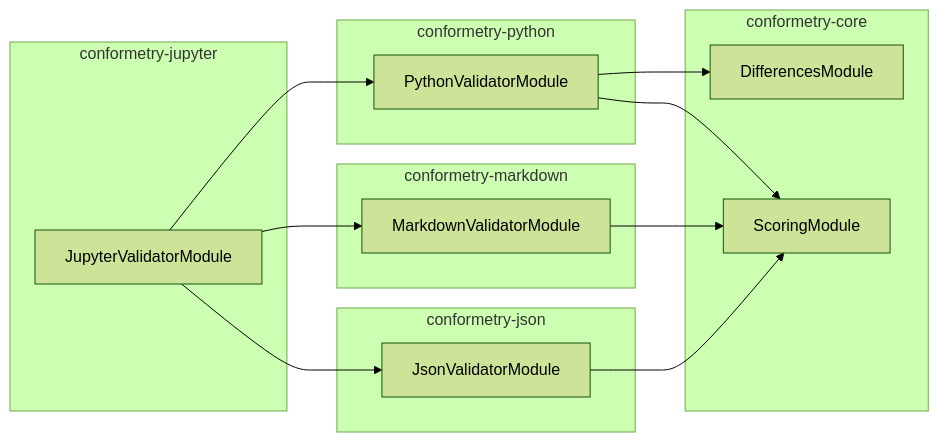
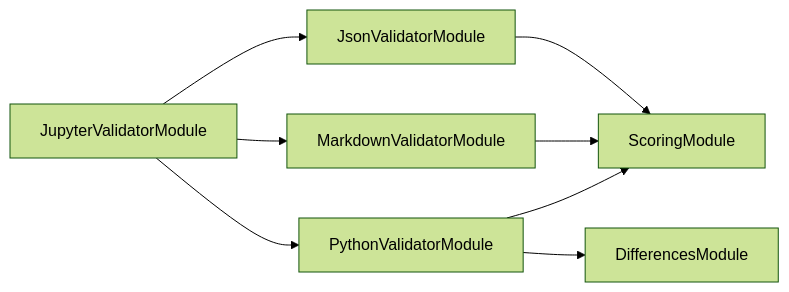
One commit to JimmyPaolini/codebase changed the second of 3 diagrams in packages/conformetry-jupyter/README.md. Above: the diagram before and after it, drawn with Mermaid (forest theme). The commit also changed other lines of this file and 241 other files, not shown here.

First line of the commit message:
feat(codependix,synchronization,deployments,documentation,codebase): ✨ add the codependix dependency-graph export suite (#335)

````diff
--- a/packages/conformetry-jupyter/README.md
+++ b/packages/conformetry-jupyter/README.md
@@ -64,26 +154,16 @@
 ```mermaid
 flowchart LR
-  subgraph group0["conformetry-jupyter"]
-    JupyterValidatorModule
-  end
-  subgraph group1["conformetry-core"]
-    DifferencesModule
-    ScoringModule
-  end
-  subgraph group2["conformetry-json"]
-    JsonValidatorModule
-  end
-  subgraph group3["conformetry-markdown"]
-    MarkdownValidatorModule
-  end
-  subgraph group4["conformetry-python"]
-    PythonValidatorModule
-  end
+  DifferencesModule
+  JsonValidatorModule
+  JupyterValidatorModule
+  MarkdownValidatorModule
+  PythonValidatorModule
+  ScoringModule
   JsonValidatorModule --> ScoringModule
   JupyterValidatorModule --> JsonValidatorModule
   JupyterValidatorModule --> MarkdownValidatorModule
   JupyterValidatorModule --> PythonValidatorModule
   MarkdownValidatorModule --> ScoringModule
   PythonValidatorModule --> DifferencesModule
   PythonValidatorModule --> ScoringModule
 ```
````
